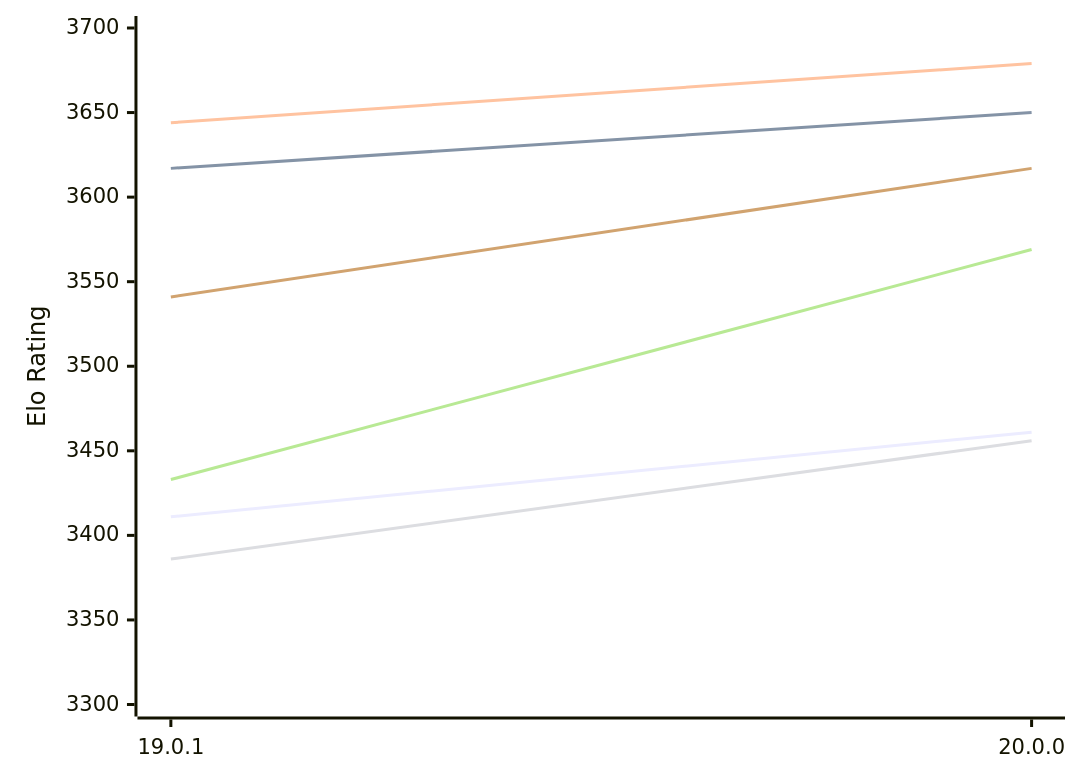
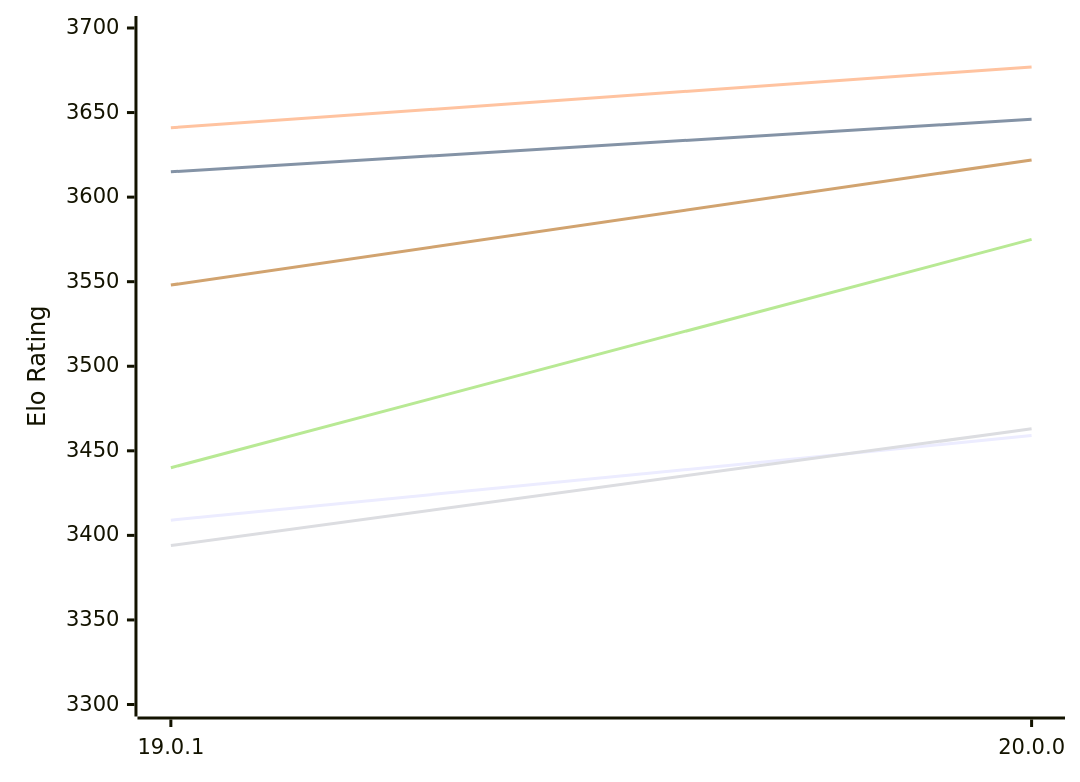
Before and after one commit to computer-chess-index/cci: the first of 2 diagrams in engines/Viridithas.md, drawn with Mermaid. The commit also changed other lines of this file, not shown here.

Commit message:
Update CCI Ratings (ELO VLTC) - 2026-11-23

````diff
--- a/engines/Viridithas.md
+++ b/engines/Viridithas.md
@@ -58,12 +58,12 @@
 ```mermaid
 %%{init: {"theme":"base","themeVariables":{"seriesColors:['#a3a3a3','#222221','#faa371']}}}%%
 xychart-beta
   x-axis ["19.0.1", "20.0.0"]
   y-axis "Elo Rating" 3300 --> 3700
-  line "E1: STC (8.0+0.08s)" [3411, 3461]
-  line "E1: LTC (60.0+0.60s)" [3617, 3650]
-  line "E1: VLTC (2m24s+1.12s)" [3644, 3679]
-  line "P1: STC (8.0+0.08s)" [3386, 3456]
-  line "P1: LTC (60.0+0.60s)" [3433, 3569]
-  line "P1: VLTC (2m24s+1.12s)" [3541, 3617]
+  line "E1: STC (8.0+0.08s)" [3409, 3459]
+  line "E1: LTC (60.0+0.60s)" [3615, 3646]
+  line "E1: VLTC (2m24s+1.12s)" [3641, 3677]
+  line "P1: STC (8.0+0.08s)" [3394, 3463]
+  line "P1: LTC (60.0+0.60s)" [3440, 3575]
+  line "P1: VLTC (2m24s+1.12s)" [3548, 3622]
 ```
````
